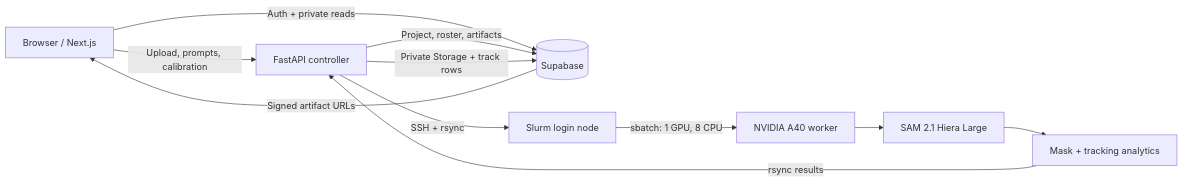
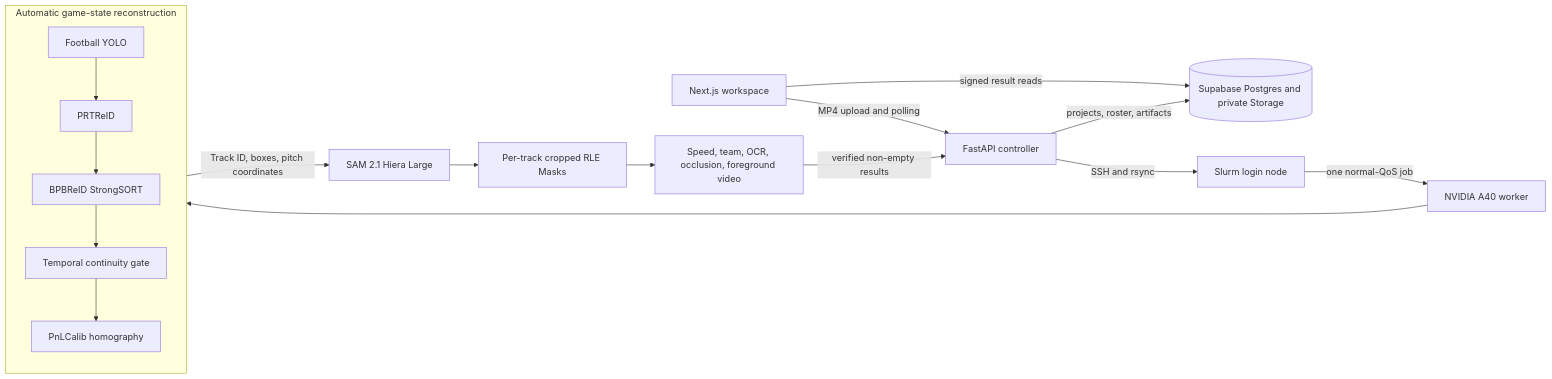
The diagram in README.md (huajianv587/sam-football-analytics), drawn with Mermaid before and after one commit. The commit also changed other lines of this file and 45 other files, not shown here.

Commit message:
feat: add automatic all-player SAM tracking

````diff
--- a/README.md
+++ b/README.md
@@ -20,13 +41,21 @@
 ```mermaid
 flowchart LR
-    U[Browser / Next.js] -->|Auth + private reads| S[(Supabase)]
-    U -->|Upload, prompts, calibration| A[FastAPI controller]
-    A -->|Project, roster, artifacts| S
-    A -->|SSH + rsync| L[Slurm login node]
-    L -->|sbatch: 1 GPU, 8 CPU| G[NVIDIA A40 worker]
-    G --> M[SAM 2.1 Hiera Large]
-    M --> P[Mask + tracking analytics]
-    P -->|rsync results| A
-    A -->|Private Storage + track rows| S
-    S -->|Signed artifact URLs| U
+    U[Next.js workspace] -->|MP4 upload and polling| A[FastAPI controller]
+    U -->|signed result reads| S[(Supabase Postgres and private Storage)]
+    A -->|projects, roster, artifacts| S
+    A -->|SSH and rsync| L[Slurm login node]
+    L -->|one normal-QoS job| G[NVIDIA A40 worker]
+
+    subgraph R[Automatic game-state reconstruction]
+      D[Football YOLO] --> E[PRTReID]
+      E --> T[BPBReID StrongSORT]
+      T --> C[Temporal continuity gate]
+      C --> H[PnLCalib homography]
+    end
+
+    G --> R
+    R -->|Track ID, boxes, pitch coordinates| M[SAM 2.1 Hiera Large]
+    M --> X[Per-track cropped RLE Masks]
+    X --> Q[Speed, team, OCR, occlusion, foreground video]
+    Q -->|verified non-empty results| A
 ```
````
